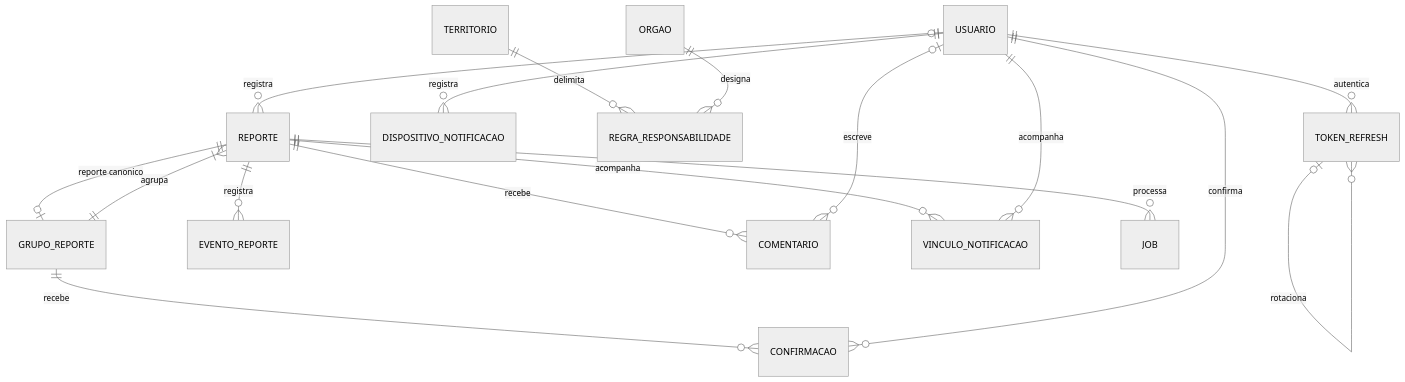
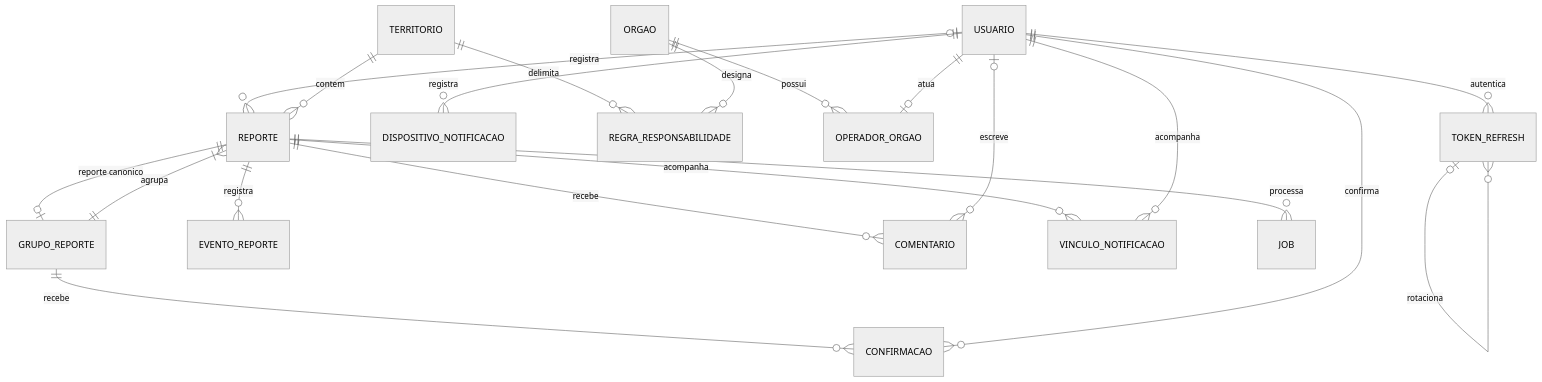
One commit to trabalhos-si-fiap/gs_citizen_tech changed the first of 2 diagrams in docs_tecnicas/05-diagramas-mer-der.md. Above: the diagram before and after it, drawn with Mermaid (neutral theme). The commit also changed other lines of this file and 2 other files, not shown here.

First line of the commit message:
docs(db): add MER/DER diagram images and sync model with migrations

````diff
--- a/docs_tecnicas/05-diagramas-mer-der.md
+++ b/docs_tecnicas/05-diagramas-mer-der.md
@@ -14,19 +17,22 @@
 ```mermaid
 erDiagram
   USUARIO o|--o{ REPORTE : registra
   GRUPO_REPORTE ||--|{ REPORTE : agrupa
   REPORTE ||--o| GRUPO_REPORTE : "reporte canonico"
   REPORTE ||--o{ EVENTO_REPORTE : registra
   REPORTE ||--o{ COMENTARIO : recebe
   USUARIO o|--o{ COMENTARIO : escreve
   GRUPO_REPORTE ||--o{ CONFIRMACAO : recebe
   USUARIO ||--o{ CONFIRMACAO : confirma
   REPORTE ||--o{ VINCULO_NOTIFICACAO : acompanha
   USUARIO ||--o{ VINCULO_NOTIFICACAO : acompanha
   USUARIO ||--o{ DISPOSITIVO_NOTIFICACAO : registra
   REPORTE ||--o{ JOB : processa
+  TERRITORIO ||--o{ REPORTE : contem
   TERRITORIO ||--o{ REGRA_RESPONSABILIDADE : delimita
   ORGAO ||--o{ REGRA_RESPONSABILIDADE : designa
+  ORGAO ||--o{ OPERADOR_ORGAO : possui
+  USUARIO ||--o| OPERADOR_ORGAO : atua
   USUARIO ||--o{ TOKEN_REFRESH : autentica
   TOKEN_REFRESH o|--o{ TOKEN_REFRESH : rotaciona
 ```
````
